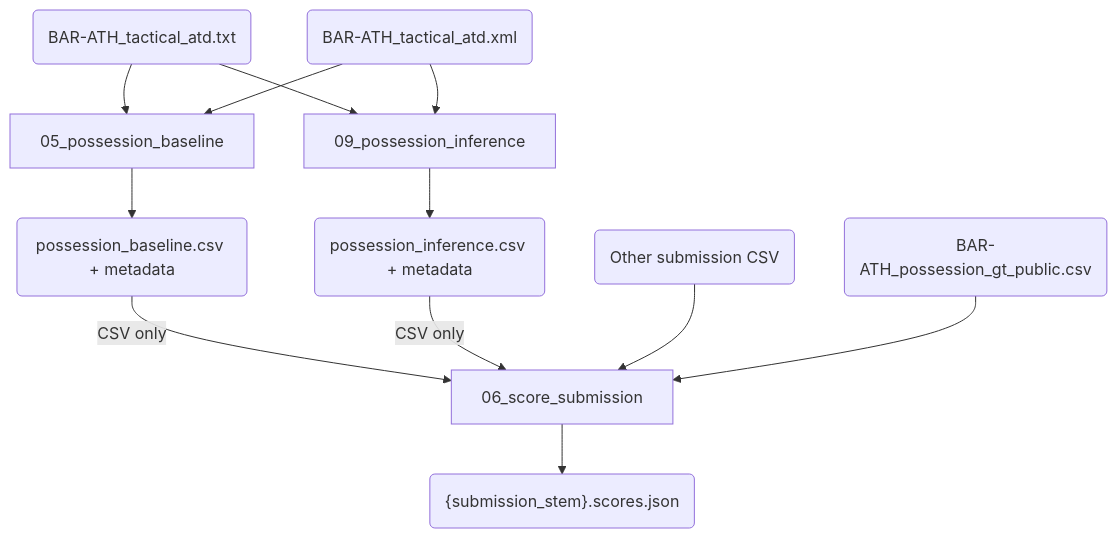
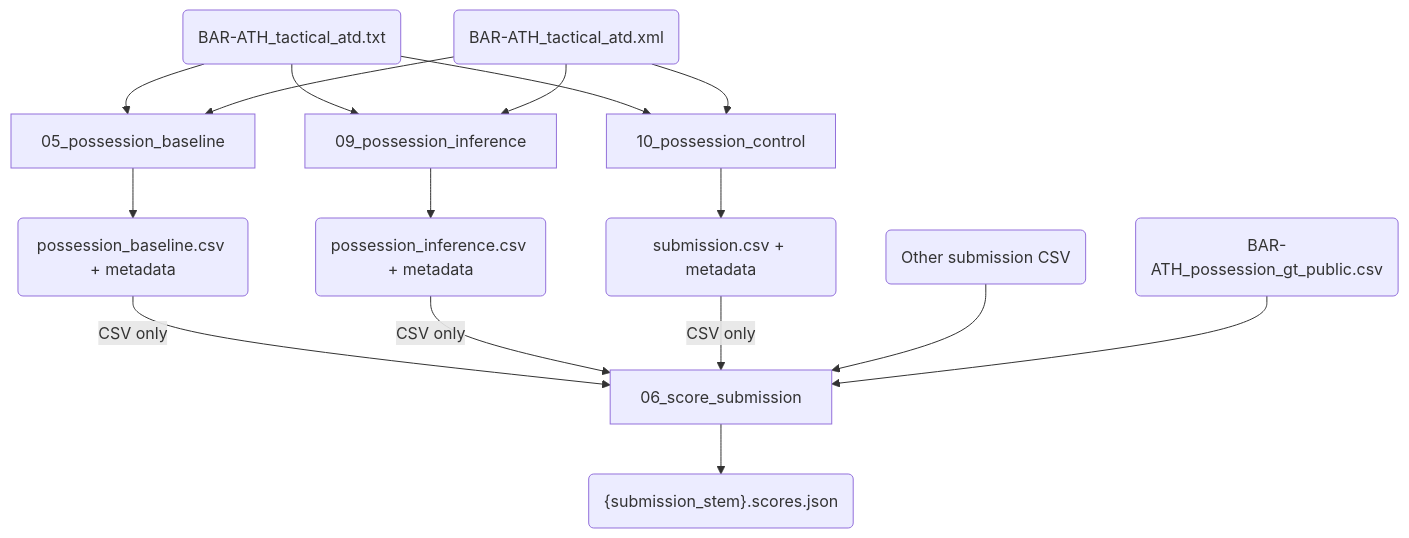
One commit to stanleyyoga123/solution-more-than-a-hack-2027 changed the second of 2 diagrams in README.md. Above: the diagram before and after it, drawn with Mermaid. The commit also changed other lines of this file and 24 other files, not shown here.

````diff
--- a/README.md
+++ b/README.md
@@ -118,25 +118,29 @@
 ```mermaid
 flowchart TD
     atd("BAR-ATH_tactical_atd.txt")
     xml("BAR-ATH_tactical_atd.xml")
     truth("BAR-ATH_possession_gt_public.csv")
     other("Other submission CSV")
 
     p05["05_possession_baseline"]
     p09["09_possession_inference"]
+    p10["10_possession_control"]
     p06["06_score_submission"]
 
     baseline("possession_baseline.csv + metadata")
     inference("possession_inference.csv + metadata")
+    control("submission.csv + metadata")
     scores("{submission_stem}.scores.json")
 
-    atd --> p05 & p09
-    xml --> p05 & p09
+    atd --> p05 & p09 & p10
+    xml --> p05 & p09 & p10
     p05 --> baseline
     p09 --> inference
+    p10 --> control
     baseline -->|"CSV only"| p06
     inference -->|"CSV only"| p06
+    control -->|"CSV only"| p06
     other --> p06
     truth --> p06
     p06 --> scores
 ```
````
